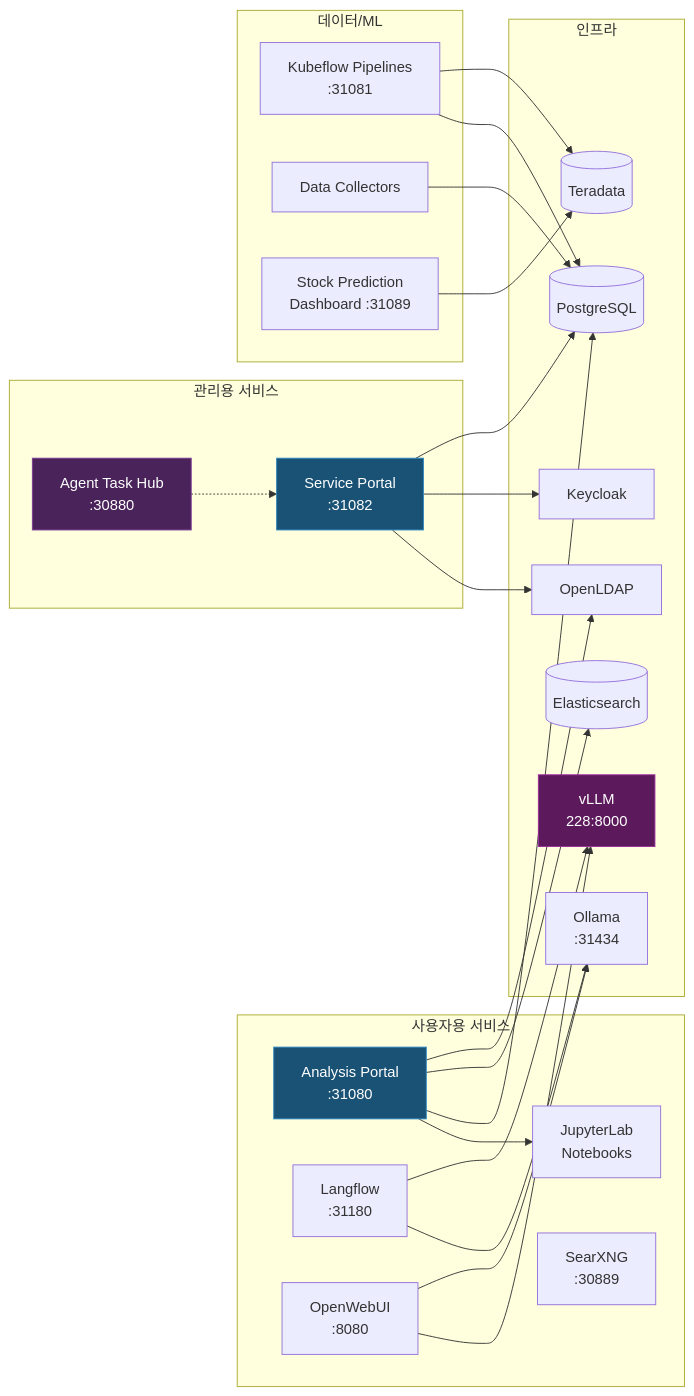
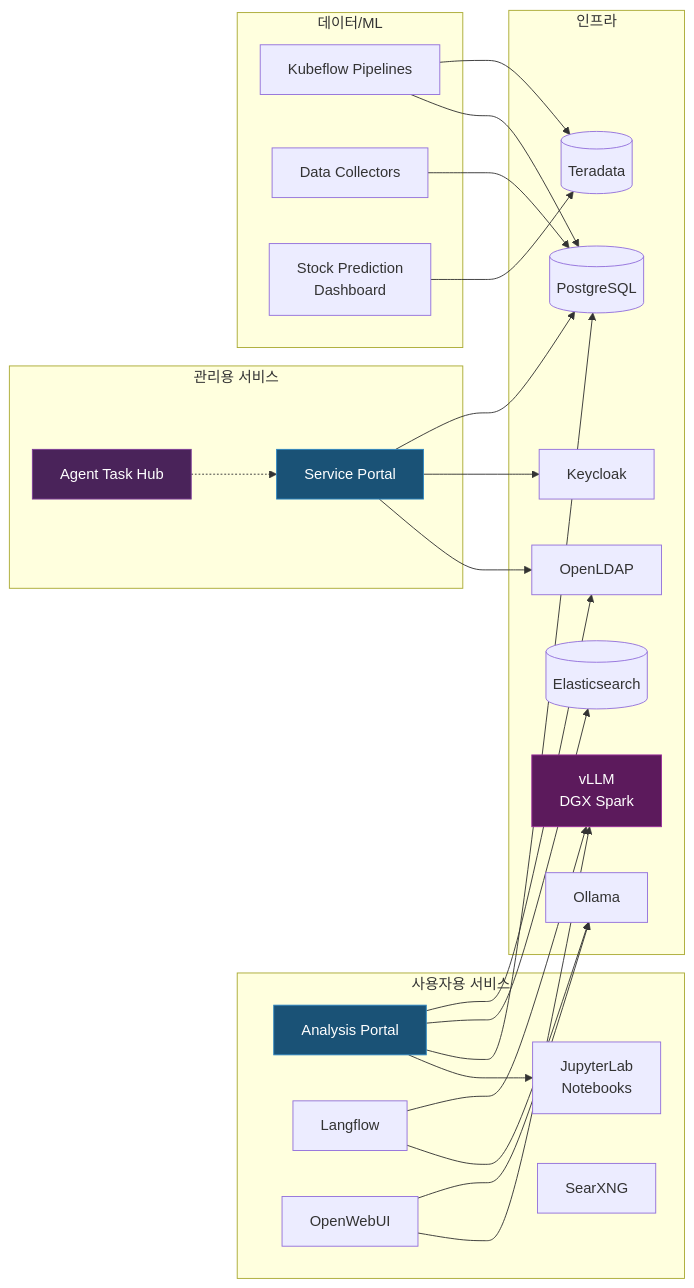
Before and after one commit to whguswka/whguswka.github.io: the diagram in _posts/2026-03-25-home-lab-services.md, drawn with Mermaid. The commit also changed other lines of this file and 1 other file, not shown here.

Commit message:
Remove all sensitive info: IPs, ports, internal paths from blog posts

````diff
--- a/_posts/2026-03-25-home-lab-services.md
+++ b/_posts/2026-03-25-home-lab-services.md
@@ -188,53 +177,53 @@
 ```mermaid
 graph LR
     subgraph UserServices["사용자용 서비스"]
-        AP[Analysis Portal<br/>:31080]
+        AP[Analysis Portal]
         JL[JupyterLab<br/>Notebooks]
-        LF[Langflow<br/>:31180]
-        OW[OpenWebUI<br/>:8080]
-        SX[SearXNG<br/>:30889]
+        LF[Langflow]
+        OW[OpenWebUI]
+        SX[SearXNG]
     end
 
     subgraph AdminServices["관리용 서비스"]
-        SP[Service Portal<br/>:31082]
-        ATH[Agent Task Hub<br/>:30880]
+        SP[Service Portal]
+        ATH[Agent Task Hub]
     end
 
     subgraph DataML["데이터/ML"]
-        KFP[Kubeflow Pipelines<br/>:31081]
+        KFP[Kubeflow Pipelines]
         COL[Data Collectors]
-        STK[Stock Prediction<br/>Dashboard :31089]
+        STK[Stock Prediction<br/>Dashboard]
     end
 
     subgraph Infra["인프라"]
         PG[(PostgreSQL)]
         TD[(Teradata)]
         ES[(Elasticsearch)]
-        OL[Ollama<br/>:31434]
-        VLLM[vLLM<br/>228:8000]
+        OL[Ollama]
+        VLLM[vLLM<br/>DGX Spark]
         LDAP[OpenLDAP]
         KC[Keycloak]
     end
 
     AP --> JL
     AP --> PG
     AP --> ES
     AP --> LDAP
     LF --> OL
     LF --> VLLM
     OW --> VLLM
     OW --> OL
     SP --> LDAP
     SP --> KC
     SP --> PG
     ATH -.-> SP
     KFP --> PG
     KFP --> TD
     COL --> PG
     STK --> TD
 
     style AP fill:#1a5276,stroke:#2e86c1,color:#fff
     style SP fill:#1a5276,stroke:#2e86c1,color:#fff
     style ATH fill:#4a235a,stroke:#7d3c98,color:#fff
     style VLLM fill:#5c1a5c,stroke:#9b2d9b,color:#fff
 ```
````
